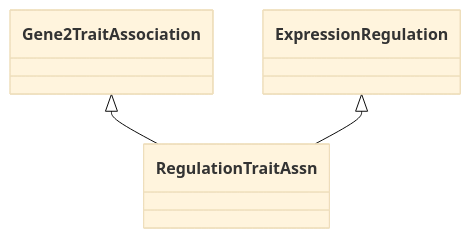
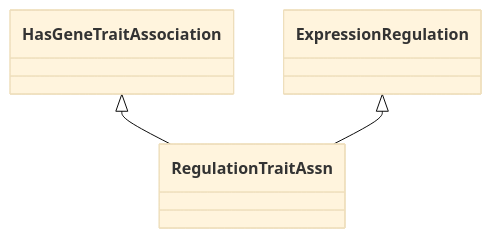
One commit to KnetMiner/knetminer-schemas changed the diagram in semantic-motif-taxonomy/knet-motif-categories-doc/RegulationTraitAssn.md. Above: the diagram before and after it, drawn with Mermaid (base theme). The commit also changed other lines of this file and 59 other files, not shown here.

````diff
--- a/semantic-motif-taxonomy/knet-motif-categories-doc/RegulationTraitAssn.md
+++ b/semantic-motif-taxonomy/knet-motif-categories-doc/RegulationTraitAssn.md
@@ -21,11 +21,11 @@
 ```mermaid
  classDiagram
     class RegulationTraitAssn
     click RegulationTraitAssn href "../RegulationTraitAssn"
-      Gene2TraitAssociation <|-- RegulationTraitAssn
-        click Gene2TraitAssociation href "../Gene2TraitAssociation"
+      HasGeneTraitAssociation <|-- RegulationTraitAssn
+        click HasGeneTraitAssociation href "../HasGeneTraitAssociation"
       ExpressionRegulation <|-- RegulationTraitAssn
         click ExpressionRegulation href "../ExpressionRegulation"
       
       
 ```
````
